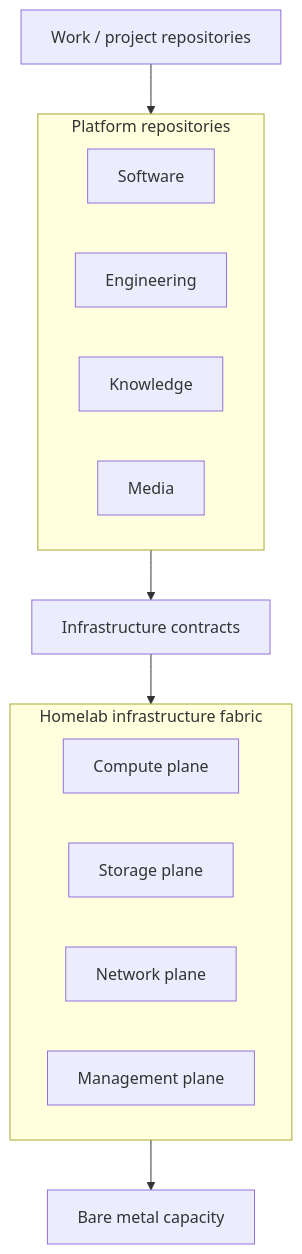
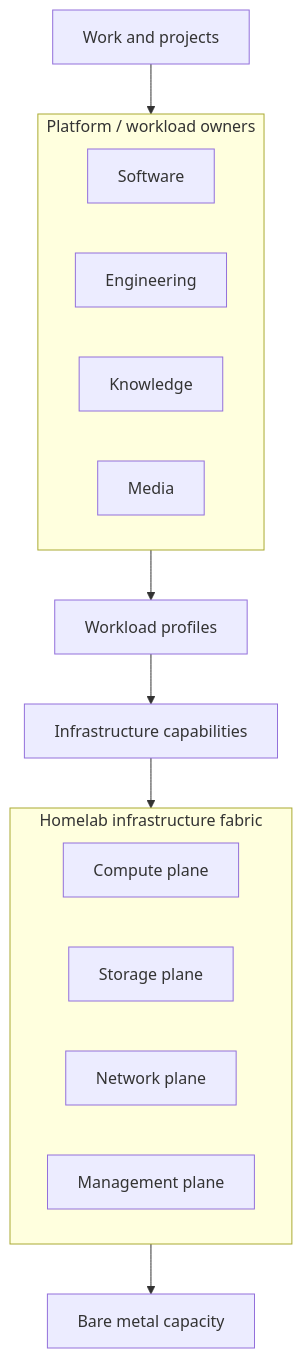
The diagram in README.md (WillGle/homelab), drawn with Mermaid before and after one commit. The commit also changed other lines of this file and 12 other files, not shown here.

Commit message:
docs: split capabilities and workload profiles

````diff
--- a/README.md
+++ b/README.md
@@ -7,19 +7,20 @@
 ```mermaid
 flowchart TB
-  work[Work / project repositories]
-  subgraph platforms[Platform repositories]
+  work[Work and projects]
+  subgraph owners[Platform / workload owners]
     software[Software]
     engineering[Engineering]
     knowledge[Knowledge]
     media[Media]
   end
-  contract[Infrastructure contracts]
+  profiles[Workload profiles]
+  capabilities[Infrastructure capabilities]
   subgraph homelab[Homelab infrastructure fabric]
     compute[Compute plane]
     storage[Storage plane]
     network[Network plane]
     management[Management plane]
   end
   metal[Bare metal capacity]
-  work --> platforms --> contract --> homelab --> metal
+  work --> owners --> profiles --> capabilities --> homelab --> metal
 ```
````
